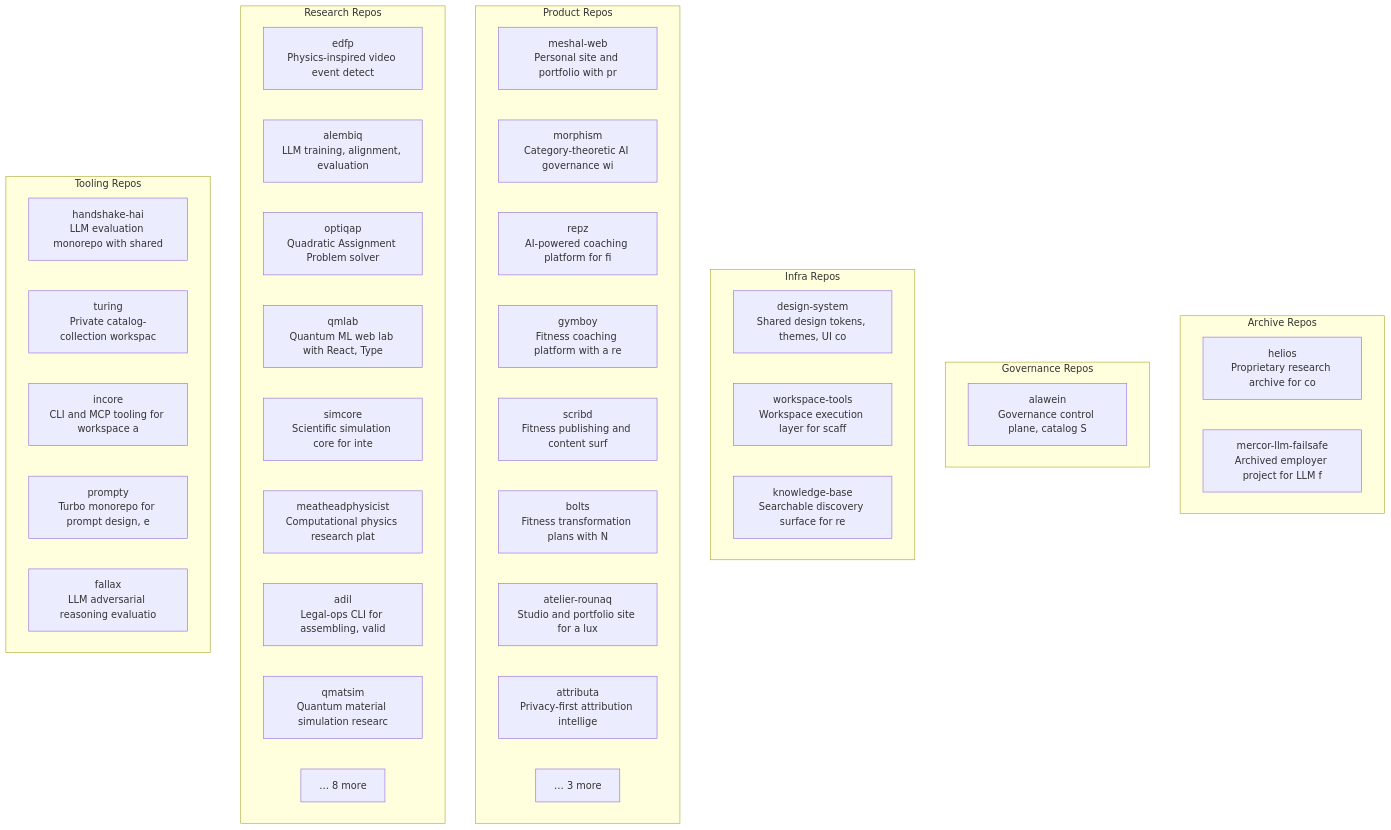
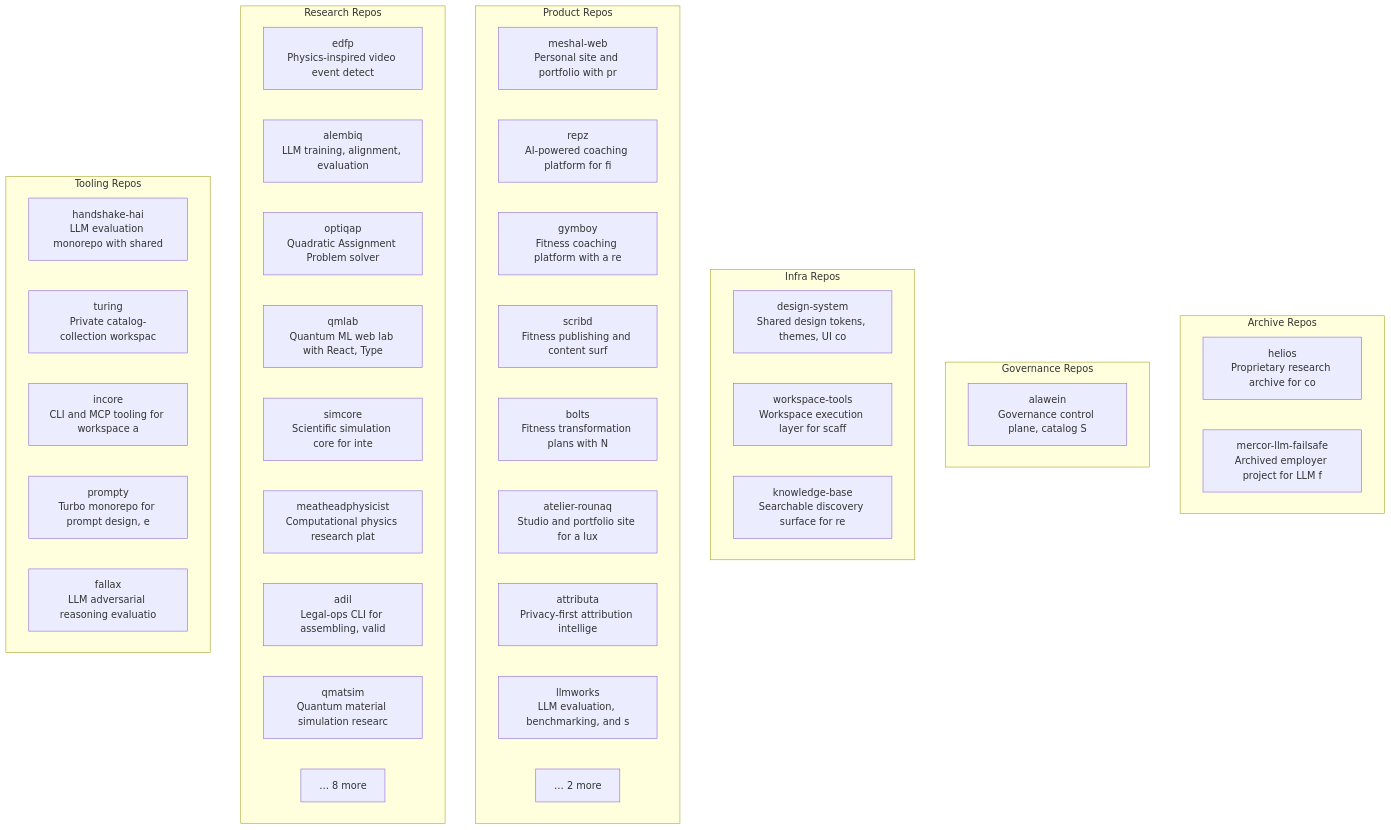
Before and after one commit to alawein/alawein: the second of 6 diagrams in docs/architecture.md, drawn with Mermaid. The commit also changed other lines of this file and 74 other files, not shown here.

````diff
--- a/docs/architecture.md
+++ b/docs/architecture.md
@@ -55,44 +55,44 @@
 ```mermaid
 graph TB
   subgraph archive["Archive Repos"]
     helios["helios\nProprietary research archive for co"]
     mercor_llm_failsafe["mercor-llm-failsafe\nArchived employer project for LLM f"]
   end
   subgraph governance["Governance Repos"]
     alawein["alawein\nGovernance control plane, catalog S"]
   end
   subgraph infra["Infra Repos"]
     design_system["design-system\nShared design tokens, themes, UI co"]
     workspace_tools["workspace-tools\nWorkspace execution layer for scaff"]
     knowledge_base["knowledge-base\nSearchable discovery surface for re"]
   end
   subgraph product["Product Repos"]
     meshal_web["meshal-web\nPersonal site and portfolio with pr"]
-    morphism["morphism\nCategory-theoretic AI governance wi"]
     repz["repz\nAI-powered coaching platform for fi"]
     gymboy["gymboy\nFitness coaching platform with a re"]
     scribd["scribd\nFitness publishing and content surf"]
     bolts["bolts\nFitness transformation plans with N"]
     atelier_rounaq["atelier-rounaq\nStudio and portfolio site for a lux"]
     attributa["attributa\nPrivacy-first attribution intellige"]
-    more_product["… 3 more"]
+    llmworks["llmworks\nLLM evaluation, benchmarking, and s"]
+    more_product["… 2 more"]
   end
   subgraph research["Research Repos"]
     edfp["edfp\nPhysics-inspired video event detect"]
     alembiq["alembiq\nLLM training, alignment, evaluation"]
     optiqap["optiqap\nQuadratic Assignment Problem solver"]
     qmlab["qmlab\nQuantum ML web lab with React, Type"]
     simcore["simcore\nScientific simulation core for inte"]
     meatheadphysicist["meatheadphysicist\nComputational physics research plat"]
     adil["adil\nLegal-ops CLI for assembling, valid"]
     qmatsim["qmatsim\nQuantum material simulation researc"]
     more_research["… 8 more"]
   end
   subgraph tooling["Tooling Repos"]
     handshake_hai["handshake-hai\nLLM evaluation monorepo with shared"]
     turing["turing\nPrivate catalog-collection workspac"]
     incore["incore\nCLI and MCP tooling for workspace a"]
     prompty["prompty\nTurbo monorepo for prompt design, e"]
     fallax["fallax\nLLM adversarial reasoning evaluatio"]
   end
 ```
````
